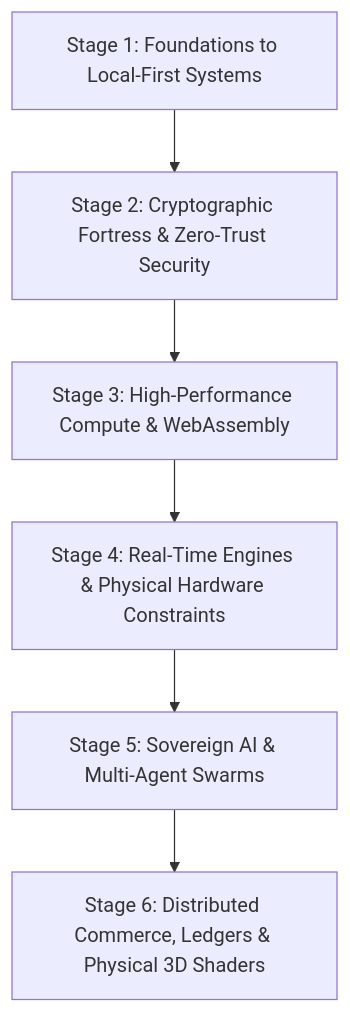
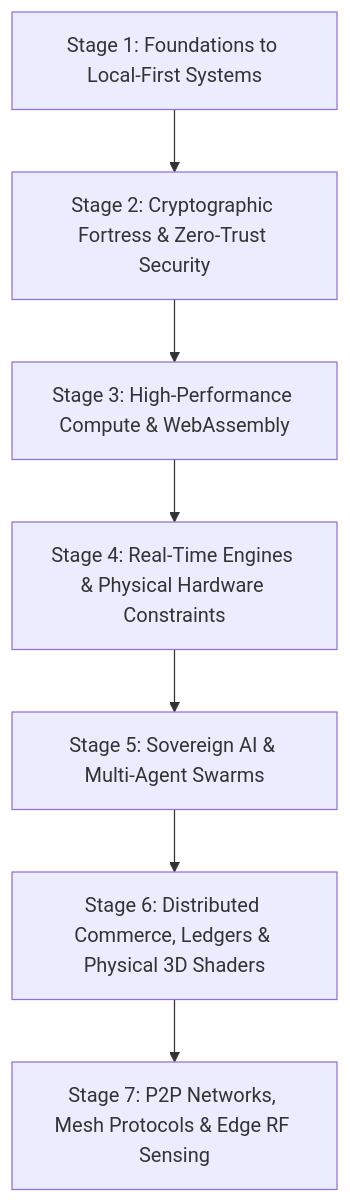
Before and after one commit to MasterZ1311/Dev-AURA: the diagram in docs/learning-paths/README.md, drawn with Mermaid. The commit also changed other lines of this file and 16 other files, not shown here.

Commit message:
docs: integrate edge rf sensing, bittorrent wire protocols, delay-tolerant mesh, and frameworkless rag across case studies and stage 7 learning paths

````diff
--- a/docs/learning-paths/README.md
+++ b/docs/learning-paths/README.md
@@ -26,8 +27,9 @@
 ```mermaid
 graph TD
     S1[Stage 1: Foundations to Local-First Systems] --> S2[Stage 2: Cryptographic Fortress & Zero-Trust Security]
     S2 --> S3[Stage 3: High-Performance Compute & WebAssembly]
     S3 --> S4[Stage 4: Real-Time Engines & Physical Hardware Constraints]
     S4 --> S5[Stage 5: Sovereign AI & Multi-Agent Swarms]
     S5 --> S6[Stage 6: Distributed Commerce, Ledgers & Physical 3D Shaders]
+    S6 --> S7[Stage 7: P2P Networks, Mesh Protocols & Edge RF Sensing]
 ```
````
